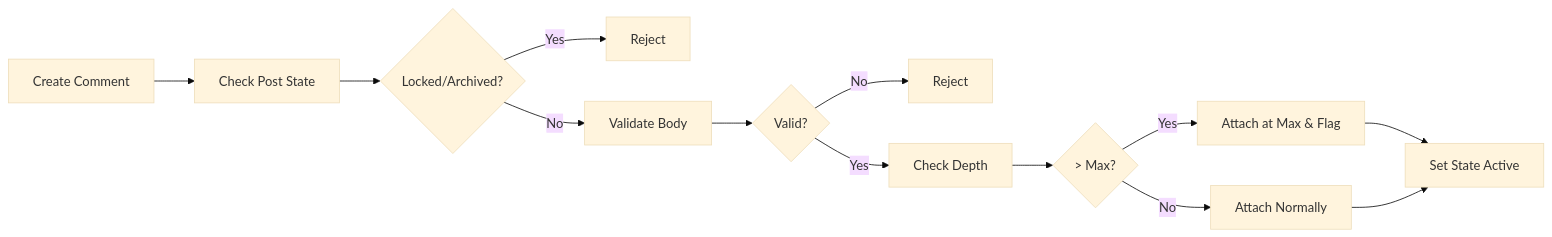
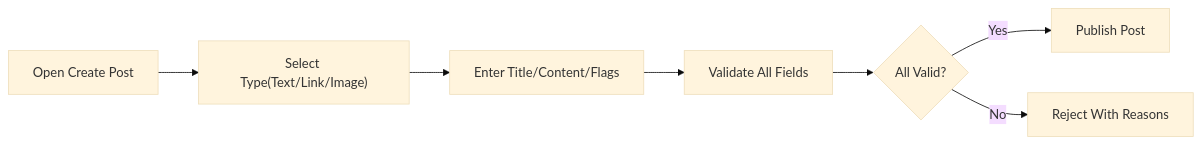
The third of 7 diagrams in openai/gpt-5/reddit/docs/analysis/02-communityPlatform-business-model.md (wrtnlabs/autobe-examples), drawn with Mermaid (base theme) before and after one commit. The commit also changed other lines of this file and 16146 other files, not shown here.

````diff
--- a/openai/gpt-5/reddit/docs/analysis/02-communityPlatform-business-model.md
+++ b/openai/gpt-5/reddit/docs/analysis/02-communityPlatform-business-model.md
@@ -154,15 +94,9 @@
 ```mermaid
 graph LR
-  A["Create Comment"] --> B["Check Post State"]
-  B --> C{"Locked/Archived?"}
-  C -->|"Yes"| X["Reject"]
-  C -->|"No"| D["Validate Body"]
-  D --> E{"Valid?"}
-  E -->|"No"| Y["Reject"]
-  E -->|"Yes"| F["Check Depth"]
-  F --> G{"> Max?"}
-  G -->|"Yes"| H["Attach at Max & Flag"]
-  G -->|"No"| I["Attach Normally"]
-  H --> J["Set State Active"]
-  I --> J
+  A["Open Create Post"] --> B["Select Type(Text/Link/Image)"]
+  B --> C["Enter Title/Content/Flags"]
+  C --> D["Validate All Fields"]
+  D --> E{"All Valid?"}
+  E -->|"Yes"| F["Publish Post"]
+  E -->|"No"| G["Reject With Reasons"]
 ```
````
